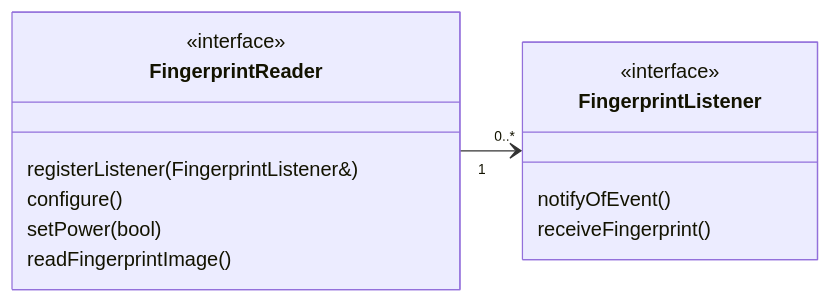
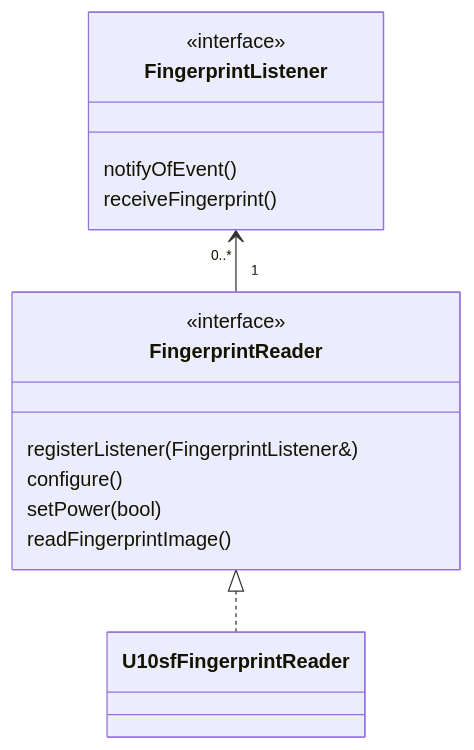
The diagram in uml/class_diagrams/README.md (cshaw-identiv/uml-examples), drawn with Mermaid before and after one commit.

Commit message:
Added realisation of interface in cd

````diff
--- a/uml/class_diagrams/README.md
+++ b/uml/class_diagrams/README.md
@@ -3,17 +3,21 @@
 ```mermaid
 classDiagram
-direction LR
+
 class FingerprintReader
 <<interface>> FingerprintReader
 FingerprintReader : registerListener(FingerprintListener&)
 FingerprintReader : configure()
 FingerprintReader : setPower(bool)
 FingerprintReader : readFingerprintImage()
 
 class FingerprintListener
 <<interface>> FingerprintListener
 FingerprintListener : notifyOfEvent()
 FingerprintListener : receiveFingerprint()
 
 FingerprintReader "1" --> "0..*" FingerprintListener
+
+direction BT
+class U10sfFingerprintReader 
+U10sfFingerprintReader ..|> FingerprintReader
 ```
````
